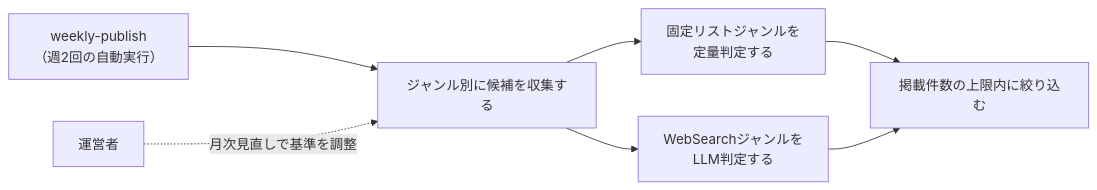
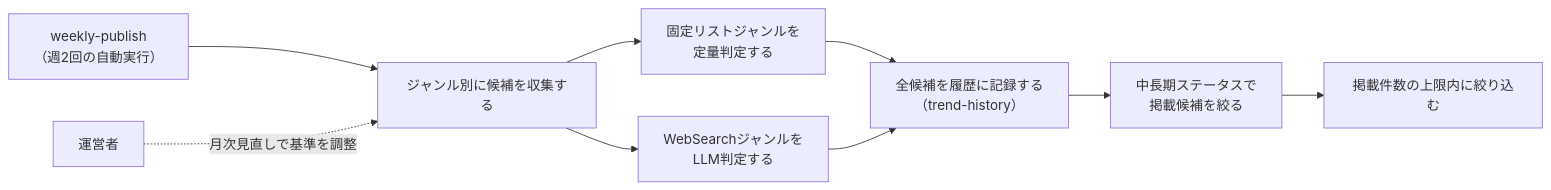
Before and after one commit to zakiyama0108/benriyatool: the diagram in specs/trend-digest/content-selection/requirements.md, drawn with Mermaid. The commit also changed other lines of this file and 15 other files, not shown here.

````diff
--- a/specs/trend-digest/content-selection/requirements.md
+++ b/specs/trend-digest/content-selection/requirements.md
@@ -17,16 +21,20 @@
 ```mermaid
 flowchart LR
     operator["運営者"]
     weeklyPublish["weekly-publish<br>（週2回の自動実行）"]
     selectGenres["ジャンル別に候補を収集する"]
     judgeFixed["固定リストジャンルを<br>定量判定する"]
     judgeSearch["WebSearchジャンルを<br>LLM判定する"]
+    recordHistory["全候補を履歴に記録する<br>（trend-history）"]
+    filterStatus["中長期ステータスで<br>掲載候補を絞る"]
     capTopics["掲載件数の上限内に絞り込む"]
 
     weeklyPublish --> selectGenres
     selectGenres --> judgeFixed
     selectGenres --> judgeSearch
-    judgeFixed --> capTopics
-    judgeSearch --> capTopics
+    judgeFixed --> recordHistory
+    judgeSearch --> recordHistory
+    recordHistory --> filterStatus
+    filterStatus --> capTopics
     operator -.->|月次見直しで基準を調整| selectGenres
 ```
````
